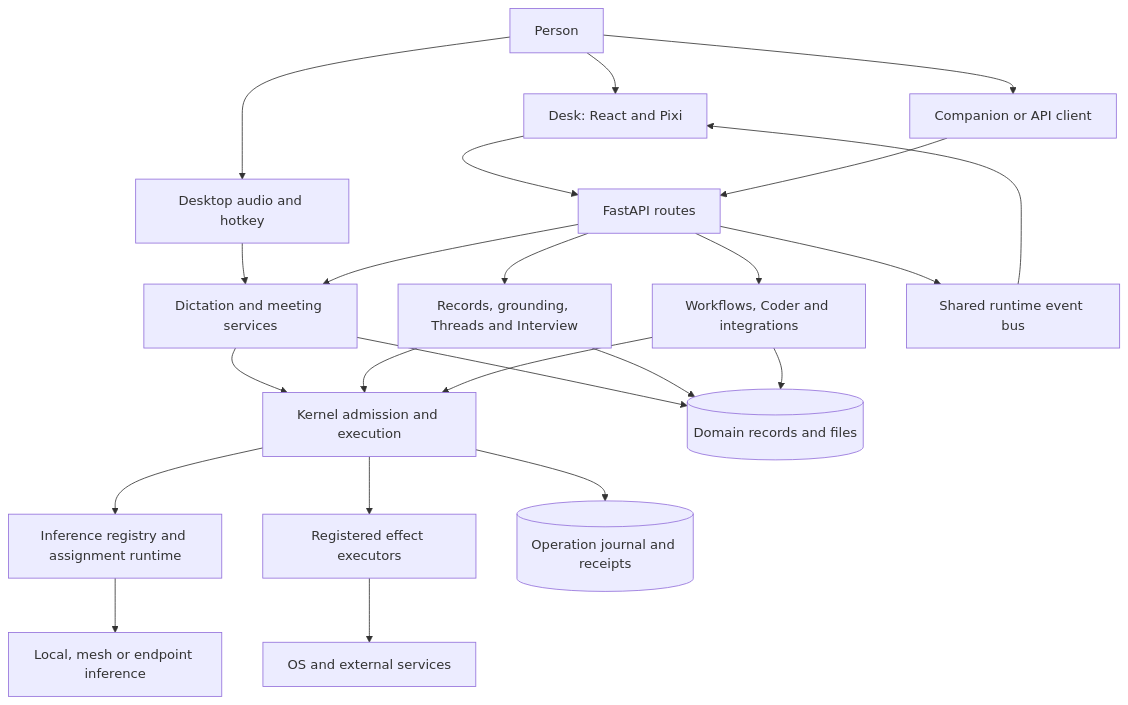
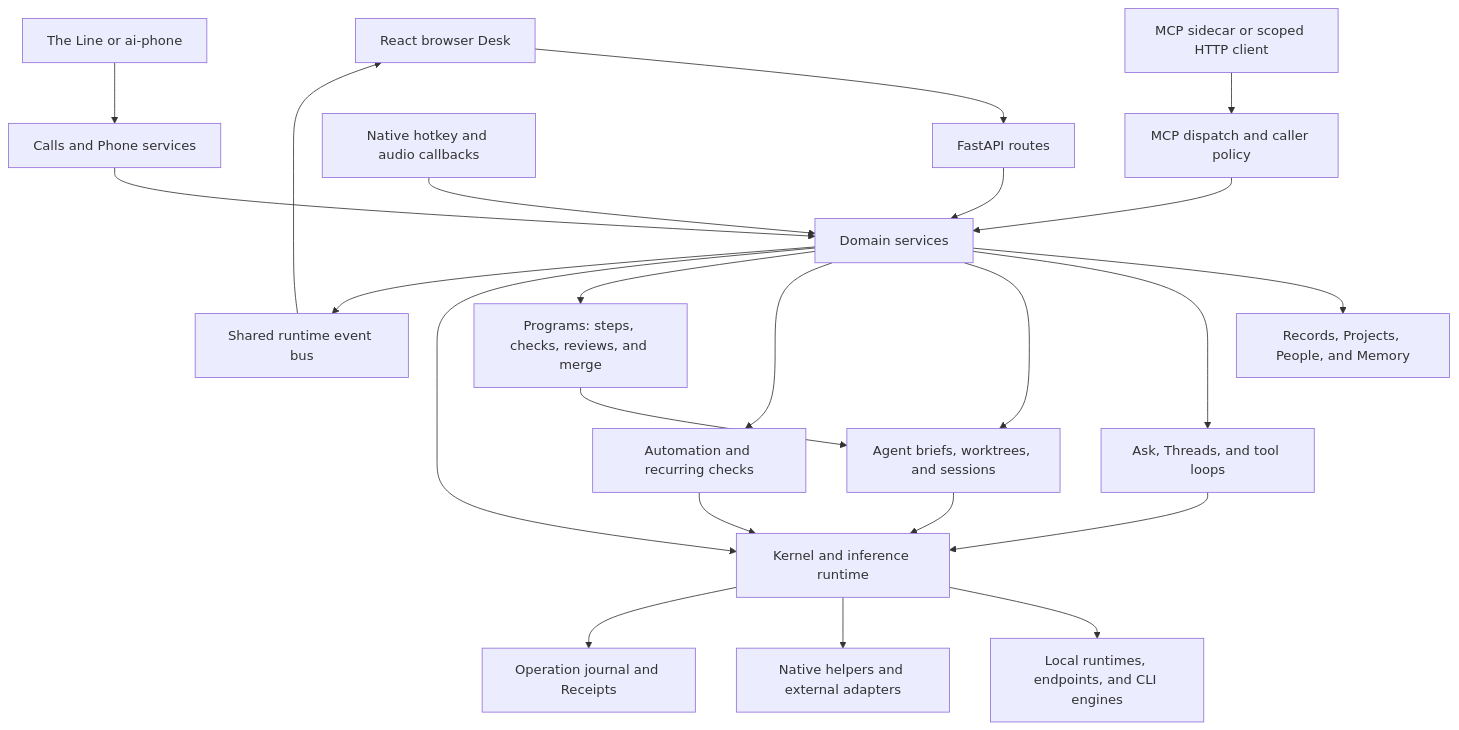
Before and after one commit to karolswdev/HoldSpeak: the diagram in docs/SYSTEM_ARCHITECTURE.md, drawn with Mermaid. The commit also changed other lines of this file and 74 other files, not shown here.

Commit message:
docs: document the agentic Desk and core work flows

````diff
--- a/docs/SYSTEM_ARCHITECTURE.md
+++ b/docs/SYSTEM_ARCHITECTURE.md
@@ -12,25 +11,25 @@
 ```mermaid
 flowchart TB
-  Human[Person] --> Audio[Desktop audio and hotkey]
-  Human --> Desk[Desk: React and Pixi]
-  Human --> Client[Companion or API client]
-  Audio --> Voice[Dictation and meeting services]
-  Desk --> HTTP[FastAPI routes]
-  Client --> HTTP
-  HTTP --> Voice
-  HTTP --> Knowledge[Records, grounding, Threads and Interview]
-  HTTP --> Automation[Workflows, Coder and integrations]
-  Voice --> Kernel[Kernel admission and execution]
-  Knowledge --> Kernel
-  Automation --> Kernel
-  Kernel --> Router[Inference registry and assignment runtime]
-  Kernel --> Effects[Registered effect executors]
-  Router --> Dest[Local, mesh or endpoint inference]
-  Effects --> Outside[OS and external services]
-  Kernel --> Journal[(Operation journal and receipts)]
-  Voice --> Content[(Domain records and files)]
-  Knowledge --> Content
-  Automation --> Content
-  HTTP --> Bus[Shared runtime event bus]
-  Bus --> Desk
+    Browser["React browser Desk"] --> HTTP["FastAPI routes"]
+    MCP["MCP sidecar or scoped HTTP client"] --> Tools["MCP dispatch and caller policy"]
+    HTTP --> Services["Domain services"]
+    Tools --> Services
+    Audio["Native hotkey and audio callbacks"] --> Services
+    Services --> Data["Records, Projects, People, and Memory"]
+    Services --> Conversations["Ask, Threads, and tool loops"]
+    Services --> Agents["Agent briefs, worktrees, and sessions"]
+    Services --> Automation["Automation and recurring checks"]
+    Services --> Programs["Programs: steps, checks, reviews, and merge"]
+    VoiceLine["The Line or ai-phone"] --> Calls["Calls and Phone services"]
+    Calls --> Services
+    Programs --> Agents
+    Conversations --> Execution["Kernel and inference runtime"]
+    Agents --> Execution
+    Automation --> Execution
+    Services --> Execution
+    Execution --> Engines["Local runtimes, endpoints, and CLI engines"]
+    Execution --> Effects["Native helpers and external adapters"]
+    Execution --> Evidence["Operation journal and Receipts"]
+    Services --> Bus["Shared runtime event bus"]
+    Bus --> Browser
 ```
````
